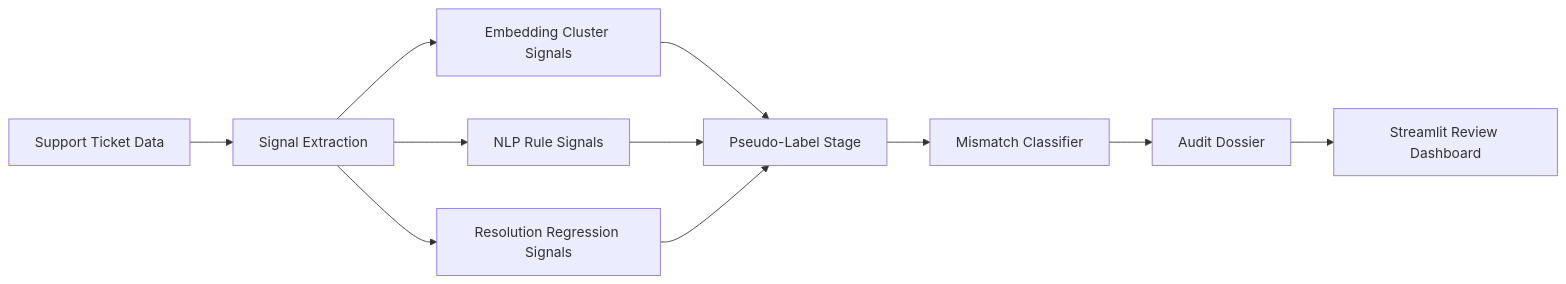
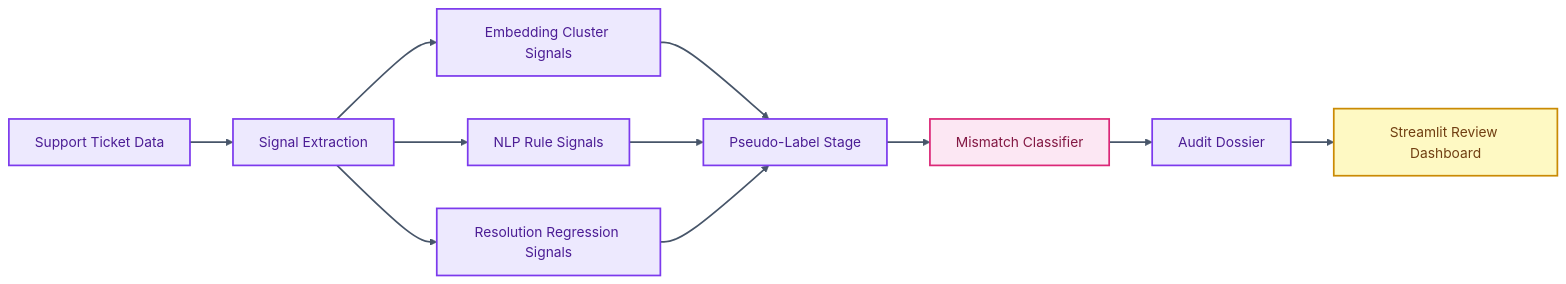
The diagram in README.md (skx56/Support-Integrity-Auditor), drawn with Mermaid before and after one commit.

Commit message:
Colorize README architecture diagram

````diff
--- a/README.md
+++ b/README.md
@@ -31,13 +31,23 @@
 ```mermaid
 flowchart LR
   Tickets["Support Ticket Data"] --> Signals["Signal Extraction"]
   Signals --> Semantic["Embedding Cluster Signals"]
   Signals --> Rules["NLP Rule Signals"]
   Signals --> Regression["Resolution Regression Signals"]
   Semantic --> Pseudo["Pseudo-Label Stage"]
   Rules --> Pseudo
   Regression --> Pseudo
   Pseudo --> Classifier["Mismatch Classifier"]
   Classifier --> Dossier["Audit Dossier"]
   Dossier --> Dashboard["Streamlit Review Dashboard"]
+
+  classDef inputs fill:#E0F2FE,stroke:#0284C7,color:#0C4A6E,stroke-width:2px;
+  classDef process fill:#EDE9FE,stroke:#7C3AED,color:#4C1D95,stroke-width:2px;
+  classDef data fill:#CCFBF1,stroke:#0D9488,color:#134E4A,stroke-width:2px;
+  classDef agent fill:#FCE7F3,stroke:#DB2777,color:#831843,stroke-width:2px;
+  classDef output fill:#FEF9C3,stroke:#CA8A04,color:#713F12,stroke-width:2px;
+  class Tickets,Signals,Semantic,Rules,Regression,Pseudo,Dossier process;
+  class Classifier agent;
+  class Dashboard output;
+  linkStyle default stroke:#475569,stroke-width:2px;
 ```
````
